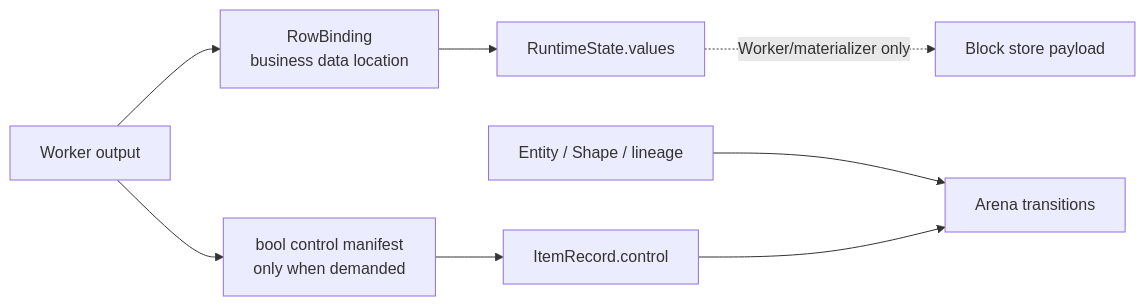
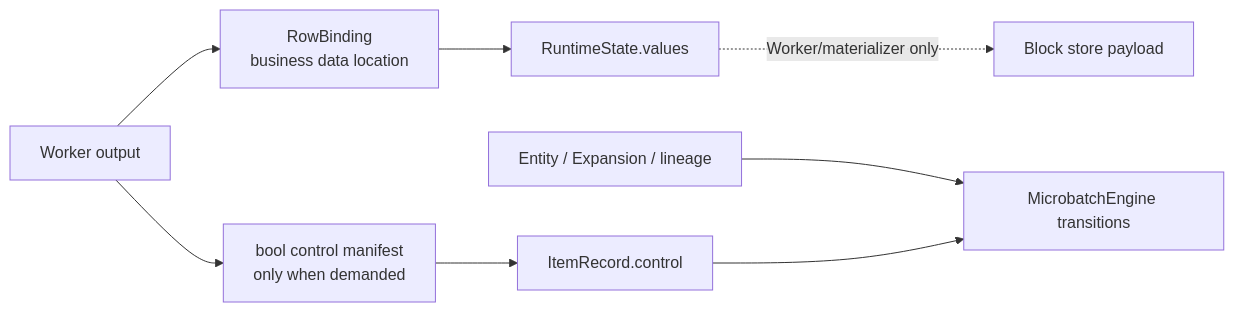
Before and after one commit to OpenDCAI/RayOrch: diagram 12 of 16 in docs/multigrain_v3_6_tutorial.md, drawn with Mermaid. The commit also changed other lines of this file and 38 other files, not shown here.

Commit message:
feat(v3.6): unify architecture vocabulary and state ownership

````diff
--- a/docs/multigrain_v3_6_tutorial.md
+++ b/docs/multigrain_v3_6_tutorial.md
@@ -1242,10 +1263,10 @@
 ```mermaid
 flowchart LR
     Worker["Worker output"] --> Binding["RowBinding<br/>business data location"]
     Worker --> Control["bool control manifest<br/>only when demanded"]
     Binding --> Values["RuntimeState.values"]
     Control --> Item["ItemRecord.control"]
-    Lineage["Entity / Shape / lineage"] --> Arena["Arena transitions"]
-    Item --> Arena
+    Lineage["Entity / Expansion / lineage"] --> MicrobatchEngine["MicrobatchEngine transitions"]
+    Item --> MicrobatchEngine
     Values -. "Worker/materializer only" .-> Store["Block store payload"]
 ```
````
